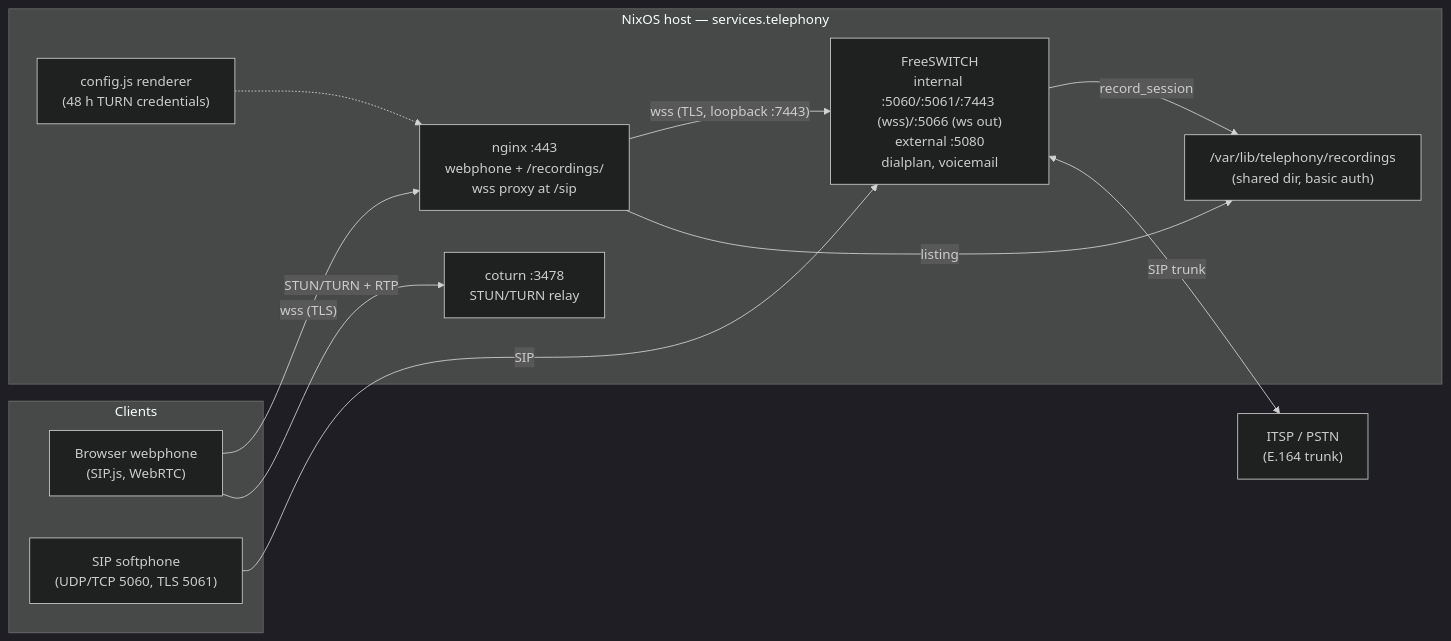
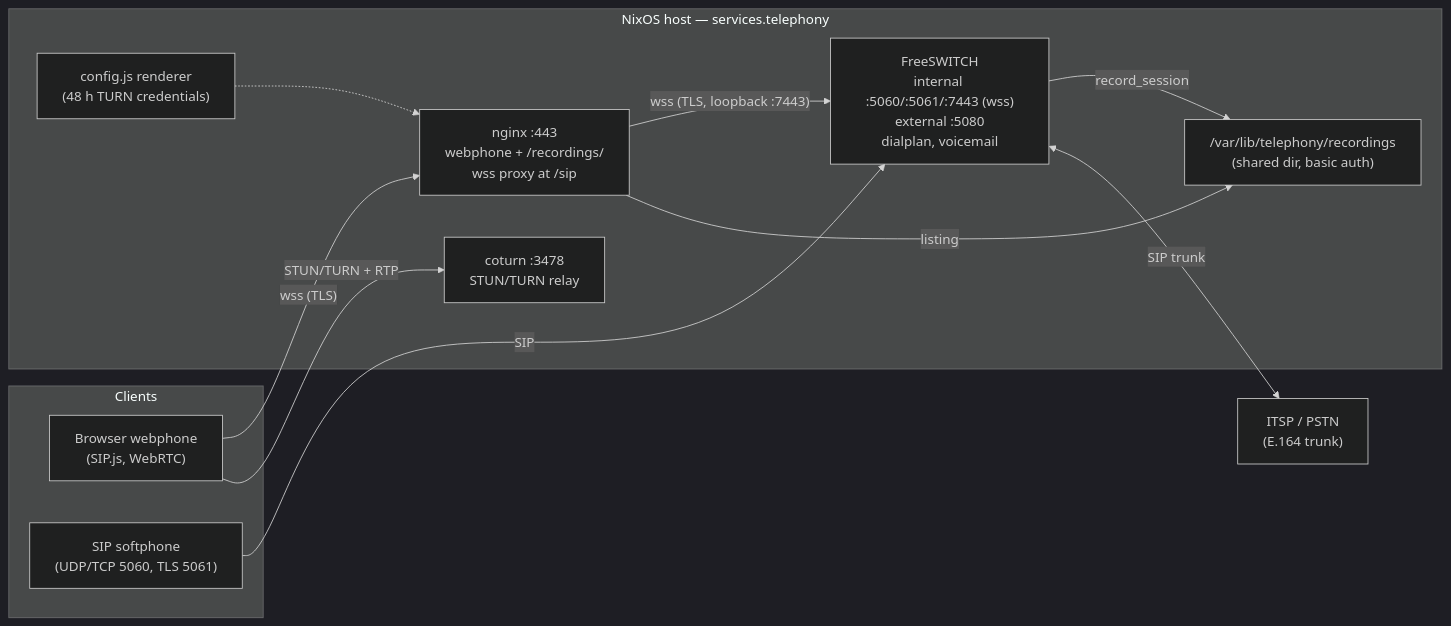
Before and after one commit to LarsArtmann/nix-international-telephony: the diagram in README.md, drawn with Mermaid (dark theme). The commit also changed other lines of this file and 14 other files, not shown here.

````diff
--- a/README.md
+++ b/README.md
@@ -18,26 +18,26 @@
 ```mermaid
 flowchart LR
     subgraph clients["Clients"]
         phone["Browser webphone<br/>(SIP.js, WebRTC)"]
         soft["SIP softphone<br/>(UDP/TCP 5060, TLS 5061)"]
     end
 
     subgraph host["NixOS host — services.telephony"]
         nginx["nginx :443<br/>webphone + /recordings/<br/>wss proxy at /sip"]
-        sofia["FreeSWITCH<br/>internal :5060/:5061/:7443 (wss)/:5066 (ws out)<br/>external :5080<br/>dialplan, voicemail"]
+        sofia["FreeSWITCH<br/>internal :5060/:5061/:7443 (wss)<br/>external :5080<br/>dialplan, voicemail"]
         turn["coturn :3478<br/>STUN/TURN relay"]
         cfg["config.js renderer<br/>(48 h TURN credentials)"]
         rec["/var/lib/telephony/recordings<br/>(shared dir, basic auth)"]
     end
 
     itsp["ITSP / PSTN<br/>(E.164 trunk)"]
 
     phone -- "wss (TLS)" --> nginx
     nginx -- "wss (TLS, loopback :7443)" --> sofia
     soft -- "SIP" --> sofia
     phone -- "STUN/TURN + RTP" --> turn
     cfg -.-> nginx
     sofia -- "record_session" --> rec
     nginx -- "listing" --> rec
     sofia <-- "SIP trunk" --> itsp
 ```
````
